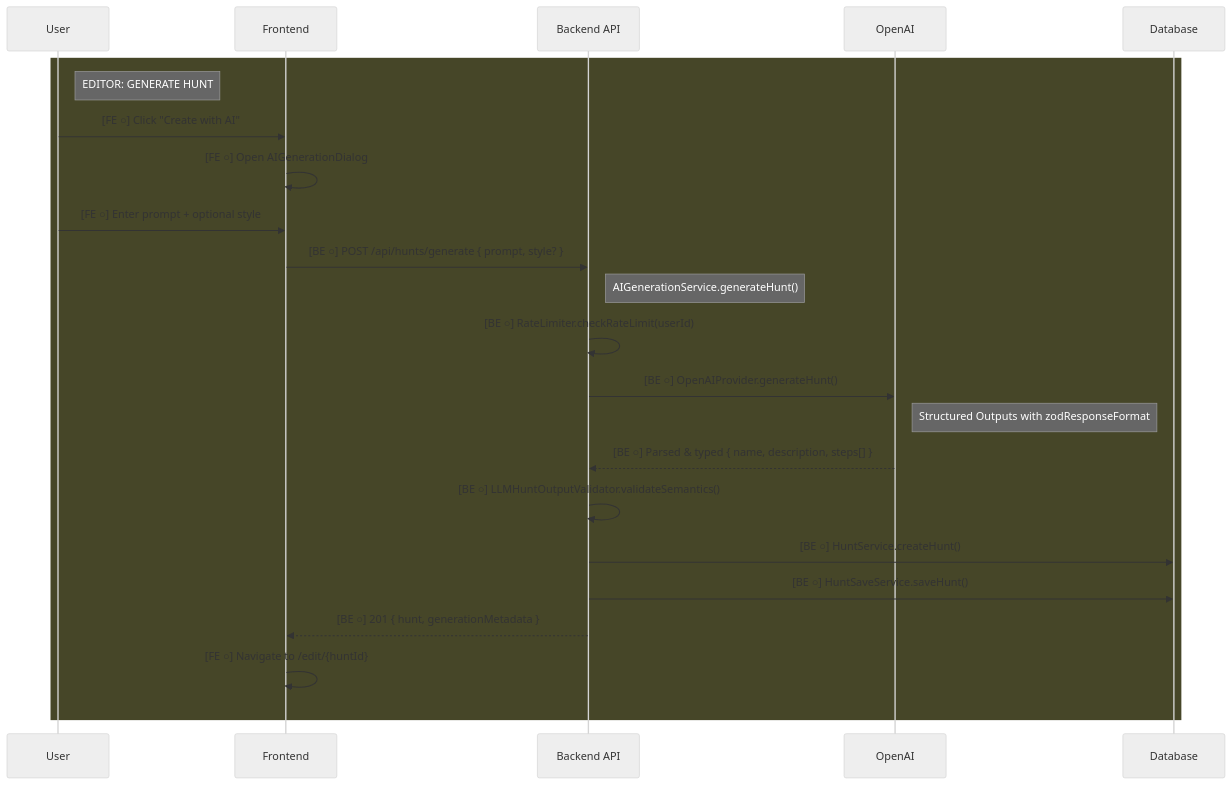
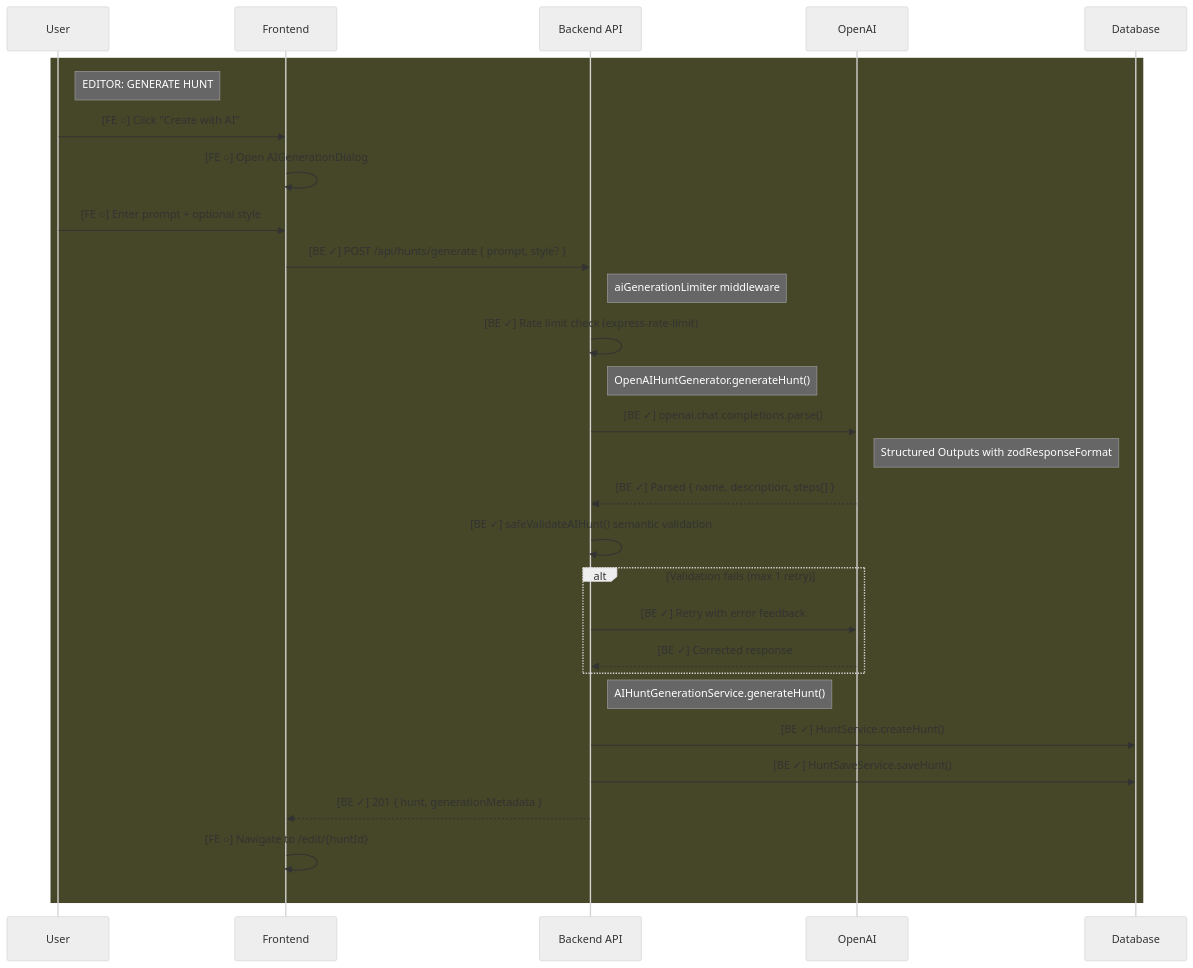
The diagram in .claude/features/ai-hunt-generation.md (catalinleca/HuntHub), drawn with Mermaid (neutral theme) before and after one commit. The commit also changed other lines of this file, not shown here.

````diff
--- a/.claude/features/ai-hunt-generation.md
+++ b/.claude/features/ai-hunt-generation.md
@@ -40,26 +43,32 @@
 ```mermaid
 sequenceDiagram
     participant U as User
     participant FE as Frontend
     participant API as Backend API
     participant AI as OpenAI
     participant DB as Database
 
     rect rgb(70, 70, 40)
     Note right of U: EDITOR: GENERATE HUNT
     U->>FE: [FE ○] Click "Create with AI"
     FE->>FE: [FE ○] Open AIGenerationDialog
     U->>FE: [FE ○] Enter prompt + optional style
-    FE->>API: [BE ○] POST /api/hunts/generate { prompt, style? }
-    Note right of API: AIGenerationService.generateHunt()
-    API->>API: [BE ○] RateLimiter.checkRateLimit(userId)
-    API->>AI: [BE ○] OpenAIProvider.generateHunt()
+    FE->>API: [BE ✓] POST /api/hunts/generate { prompt, style? }
+    Note right of API: aiGenerationLimiter middleware
+    API->>API: [BE ✓] Rate limit check (express-rate-limit)
+    Note right of API: OpenAIHuntGenerator.generateHunt()
+    API->>AI: [BE ✓] openai.chat.completions.parse()
     Note right of AI: Structured Outputs with zodResponseFormat
-    AI-->>API: [BE ○] Parsed & typed { name, description, steps[] }
-    API->>API: [BE ○] LLMHuntOutputValidator.validateSemantics()
-    API->>DB: [BE ○] HuntService.createHunt()
-    API->>DB: [BE ○] HuntSaveService.saveHunt()
-    API-->>FE: [BE ○] 201 { hunt, generationMetadata }
+    AI-->>API: [BE ✓] Parsed { name, description, steps[] }
+    API->>API: [BE ✓] safeValidateAIHunt() semantic validation
+    alt Validation fails (max 1 retry)
+        API->>AI: [BE ✓] Retry with error feedback
+        AI-->>API: [BE ✓] Corrected response
+    end
+    Note right of API: AIHuntGenerationService.generateHunt()
+    API->>DB: [BE ✓] HuntService.createHunt()
+    API->>DB: [BE ✓] HuntSaveService.saveHunt()
+    API-->>FE: [BE ✓] 201 { hunt, generationMetadata }
     FE->>FE: [FE ○] Navigate to /edit/{huntId}
     end
 ```
````
